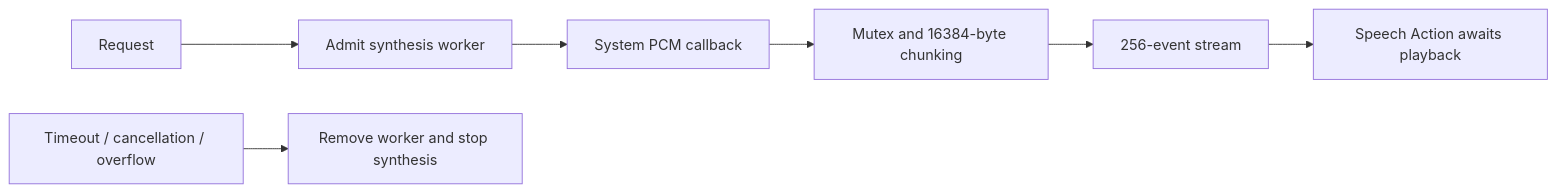
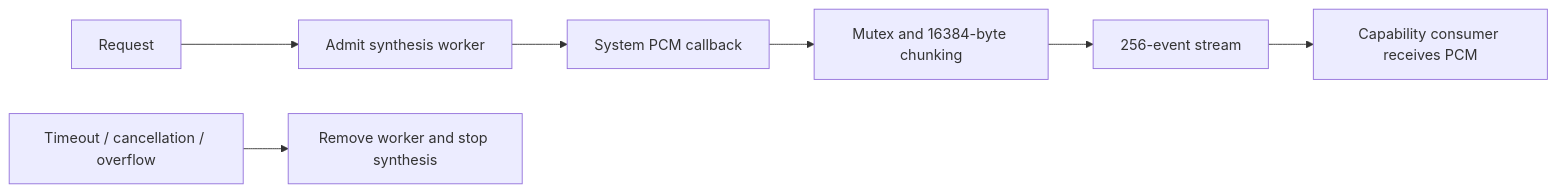
One commit to devilyouwei/MobileHarness changed the diagram in MobileHarness/ModelKit/Speech/TTS/Apple/README.md. Above: the diagram before and after it, drawn with Mermaid. The commit also changed other lines of this file and 132 other files, not shown here.

````diff
--- a/MobileHarness/ModelKit/Speech/TTS/Apple/README.md
+++ b/MobileHarness/ModelKit/Speech/TTS/Apple/README.md
@@ -11,9 +11,9 @@
 ```mermaid
 flowchart LR
     Request --> Worker[Admit synthesis worker]
     Worker --> Callback[System PCM callback]
     Callback --> Chunks[Mutex and 16384-byte chunking]
     Chunks --> Buffer[256-event stream]
-    Buffer --> Action[Speech Action awaits playback]
+    Buffer --> Consumer[Capability consumer receives PCM]
     End[Timeout / cancellation / overflow] --> Stop[Remove worker and stop synthesis]
 ```
````
